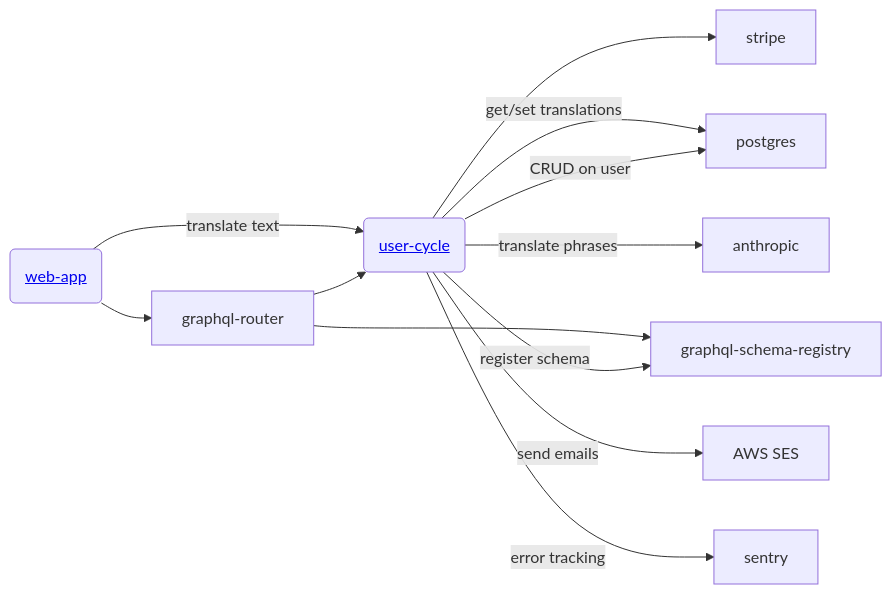
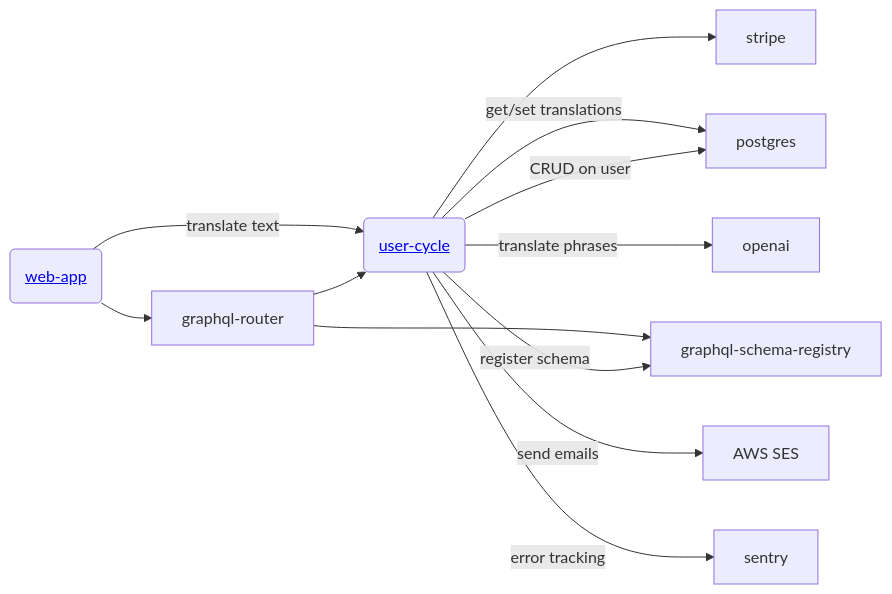
The diagram in README.md (Gratheon/user-cycle), drawn with Mermaid before and after one commit. The commit also changed other lines of this file and 12 other files, not shown here.

````diff
--- a/README.md
+++ b/README.md
@@ -217,15 +217,15 @@
 ```mermaid
 flowchart LR
     web-app("<a href='https://github.com/Gratheon/web-app'>web-app</a>") --> graphql-router
 
     graphql-router --> user-cycle("<a href='https://github.com/Gratheon/user-cycle'>user-cycle</a>") --"CRUD on user"--> postgres
     user-cycle --> stripe
     user-cycle --"register schema"--> graphql-schema-registry
     graphql-router --> graphql-schema-registry
 
-    web-app--"translate text" --> user-cycle --"translate phrases"--> anthropic
+    web-app--"translate text" --> user-cycle --"translate phrases"--> openai
     user-cycle--"get/set translations"--> postgres
 
     user-cycle--"send emails"--> aws-ses["AWS SES"]
     user-cycle--"error tracking"--> sentry
 ```
````
